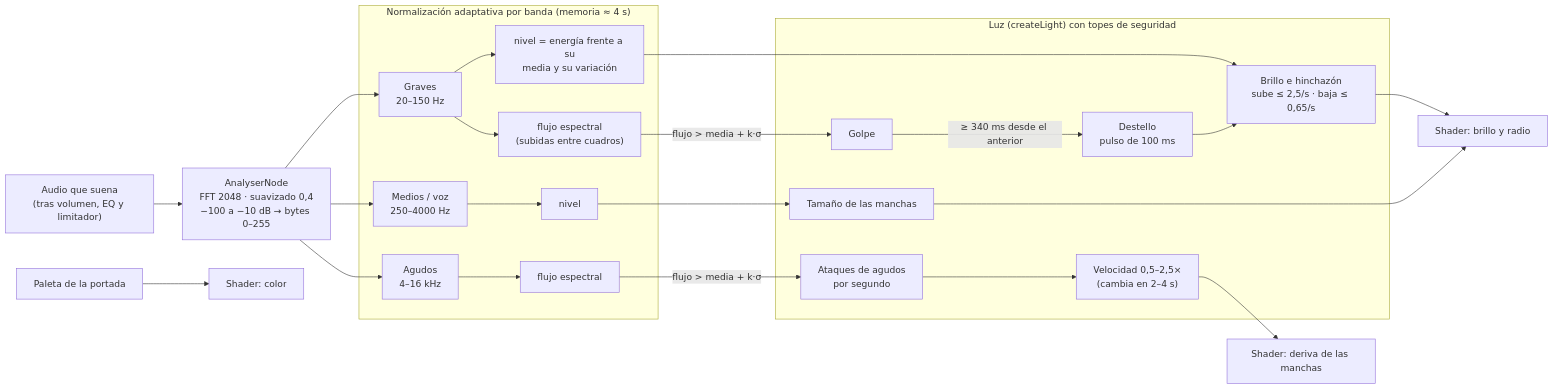
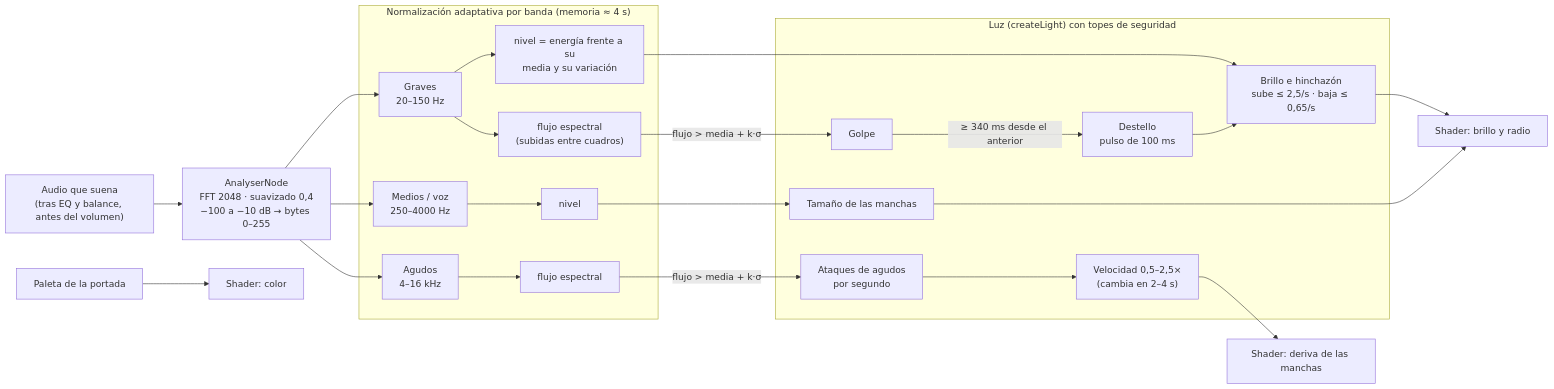
Before and after one commit to TruEvexine/Music_Reproductor: the diagram in docs/LUCES_REACTIVAS.md, drawn with Mermaid. The commit also changed other lines of this file and 2 other files, not shown here.

Commit message:
El analizador de luces va antes del volumen: con volumen bajo o en silencio sigue reaccionando

````diff
--- a/docs/LUCES_REACTIVAS.md
+++ b/docs/LUCES_REACTIVAS.md
@@ -9,26 +9,26 @@
 ```mermaid
 flowchart LR
-  A["Audio que suena<br/>(tras volumen, EQ y limitador)"] --> B["AnalyserNode<br/>FFT 2048 · suavizado 0,4<br/>−100 a −10 dB → bytes 0–255"]
+  A["Audio que suena<br/>(tras EQ y balance, antes del volumen)"] --> B["AnalyserNode<br/>FFT 2048 · suavizado 0,4<br/>−100 a −10 dB → bytes 0–255"]
   B --> G["Graves<br/>20–150 Hz"]
   B --> M["Medios / voz<br/>250–4000 Hz"]
   B --> T["Agudos<br/>4–16 kHz"]
   subgraph N["Normalización adaptativa por banda (memoria ≈ 4 s)"]
     G --> GN["nivel = energía frente a su<br/>media y su variación"]
     G --> GF["flujo espectral<br/>(subidas entre cuadros)"]
     M --> MN["nivel"]
     T --> TF["flujo espectral"]
   end
   GF -->|"flujo > media + k·σ"| BEAT["Golpe"]
   TF -->|"flujo > media + k·σ"| PACE["Ataques de agudos<br/>por segundo"]
   subgraph L["Luz (createLight) con topes de seguridad"]
     BEAT -->|"≥ 340 ms desde el anterior"| FLASH["Destello<br/>pulso de 100 ms"]
     GN --> SWELL["Brillo e hinchazón<br/>sube ≤ 2,5/s · baja ≤ 0,65/s"]
     FLASH --> SWELL
     MN --> SIZE["Tamaño de las manchas"]
     PACE --> RATE["Velocidad 0,5–2,5×<br/>(cambia en 2–4 s)"]
   end
   SWELL --> S["Shader: brillo y radio"]
   SIZE --> S
   RATE --> S2["Shader: deriva de las manchas"]
   P["Paleta de la portada"] --> S3["Shader: color"]
 ```
````
